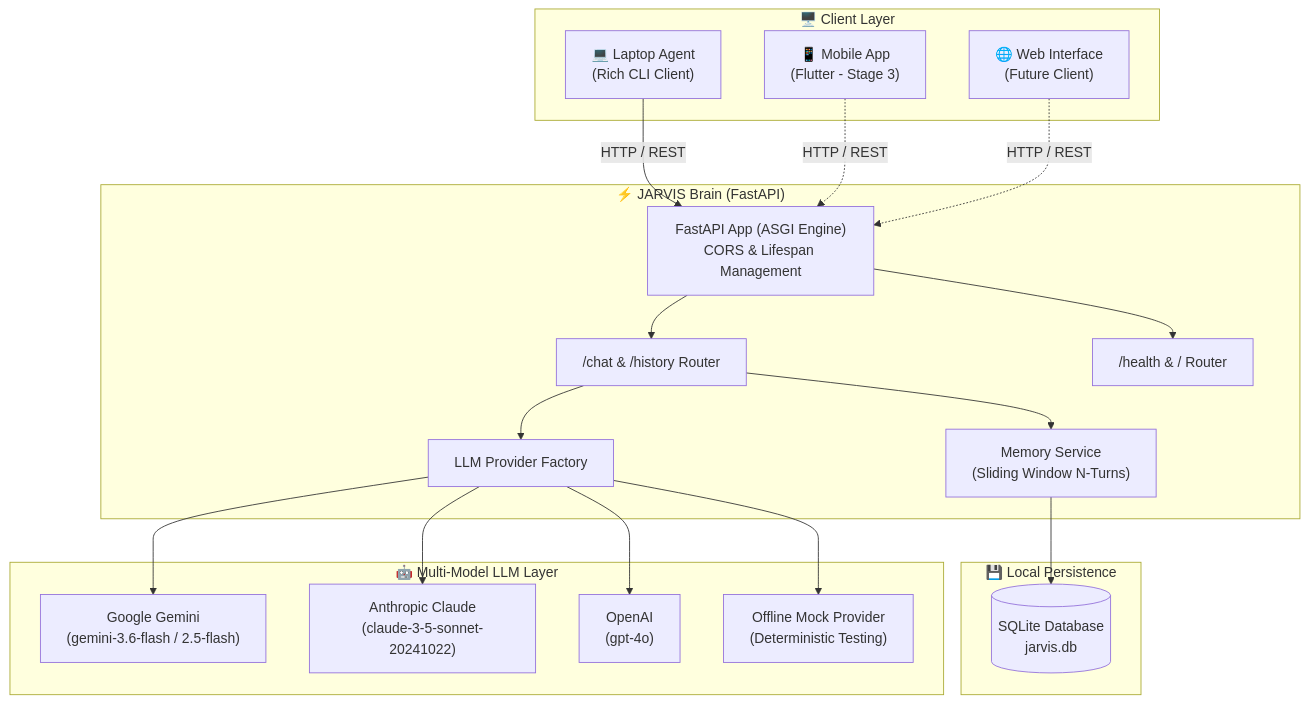
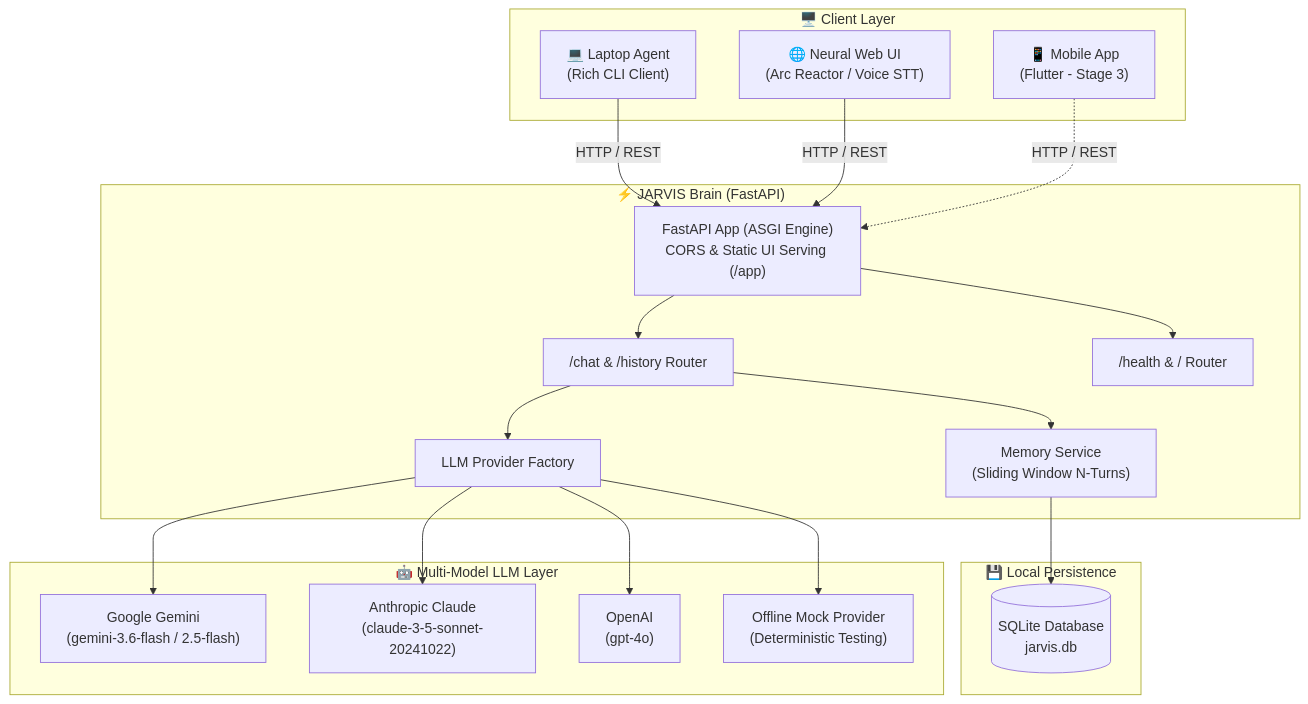
One commit to GITomprasad/JARVIS changed the diagram in README.md. Above: the diagram before and after it, drawn with Mermaid. The commit also changed other lines of this file and 4 other files, not shown here.

````diff
--- a/README.md
+++ b/README.md
@@ -47,43 +107,43 @@
 ```mermaid
 graph TD
     subgraph Clients ["🖥️ Client Layer"]
         CLI["💻 Laptop Agent<br/>(Rich CLI Client)"]
+        Web["🌐 Neural Web UI<br/>(Arc Reactor / Voice STT)"]
         Mobile["📱 Mobile App<br/>(Flutter - Stage 3)"]
-        Web["🌐 Web Interface<br/>(Future Client)"]
     end
 
     subgraph Backend ["⚡ JARVIS Brain (FastAPI)"]
-        API["FastAPI App (ASGI Engine)<br/>CORS & Lifespan Management"]
+        API["FastAPI App (ASGI Engine)<br/>CORS & Static UI Serving (/app)"]
         RouterChat["/chat & /history Router"]
         RouterHealth["/health & / Router"]
         MemorySvc["Memory Service<br/>(Sliding Window N-Turns)"]
         LLMFactory["LLM Provider Factory"]
     end
 
     subgraph Storage ["💾 Local Persistence"]
         DB[("SQLite Database<br/>jarvis.db")]
     end
 
     subgraph Providers ["🤖 Multi-Model LLM Layer"]
         Gemini["Google Gemini<br/>(gemini-3.6-flash / 2.5-flash)"]
         Claude["Anthropic Claude<br/>(claude-3-5-sonnet-20241022)"]
         OpenAI["OpenAI<br/>(gpt-4o)"]
         Mock["Offline Mock Provider<br/>(Deterministic Testing)"]
     end
 
     CLI -->|HTTP / REST| API
+    Web -->|HTTP / REST| API
     Mobile -.->|HTTP / REST| API
-    Web -.->|HTTP / REST| API
 
     API --> RouterChat
     API --> RouterHealth
 
     RouterChat --> MemorySvc
     MemorySvc --> DB
 
     RouterChat --> LLMFactory
     LLMFactory --> Gemini
     LLMFactory --> Claude
     LLMFactory --> OpenAI
     LLMFactory --> Mock
 ```
````
